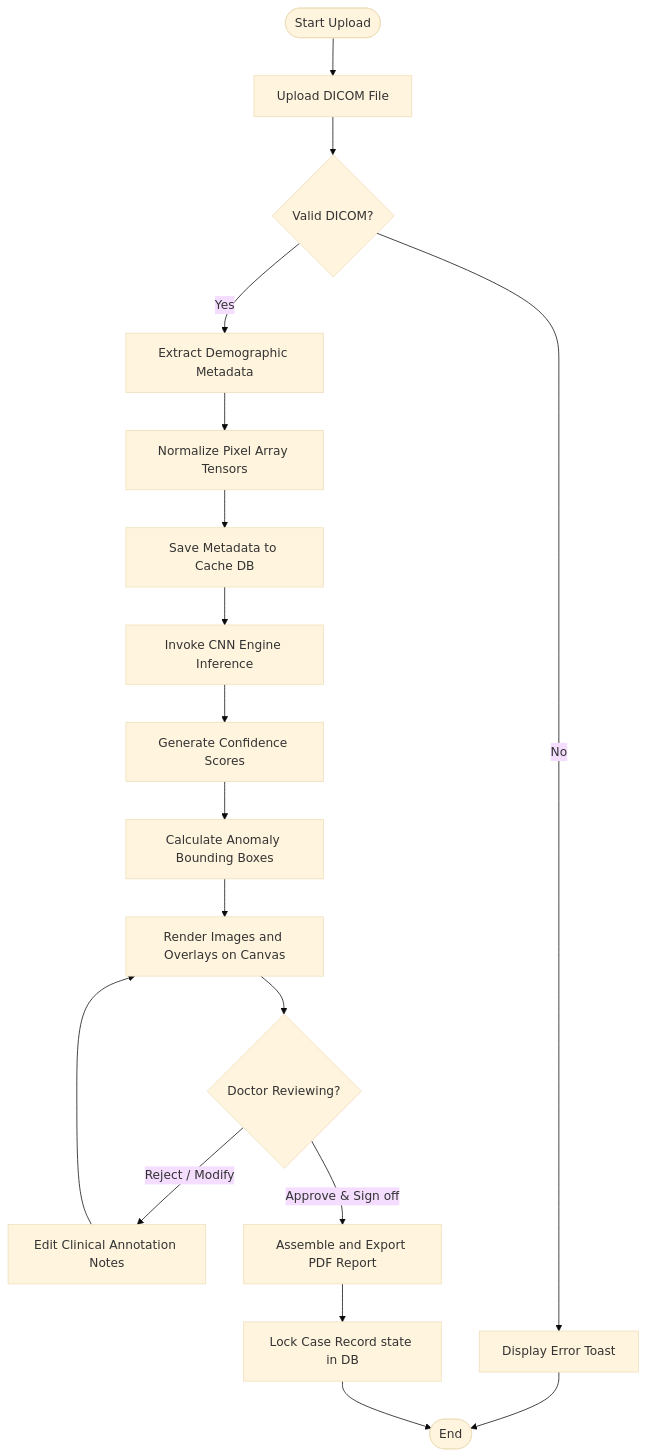
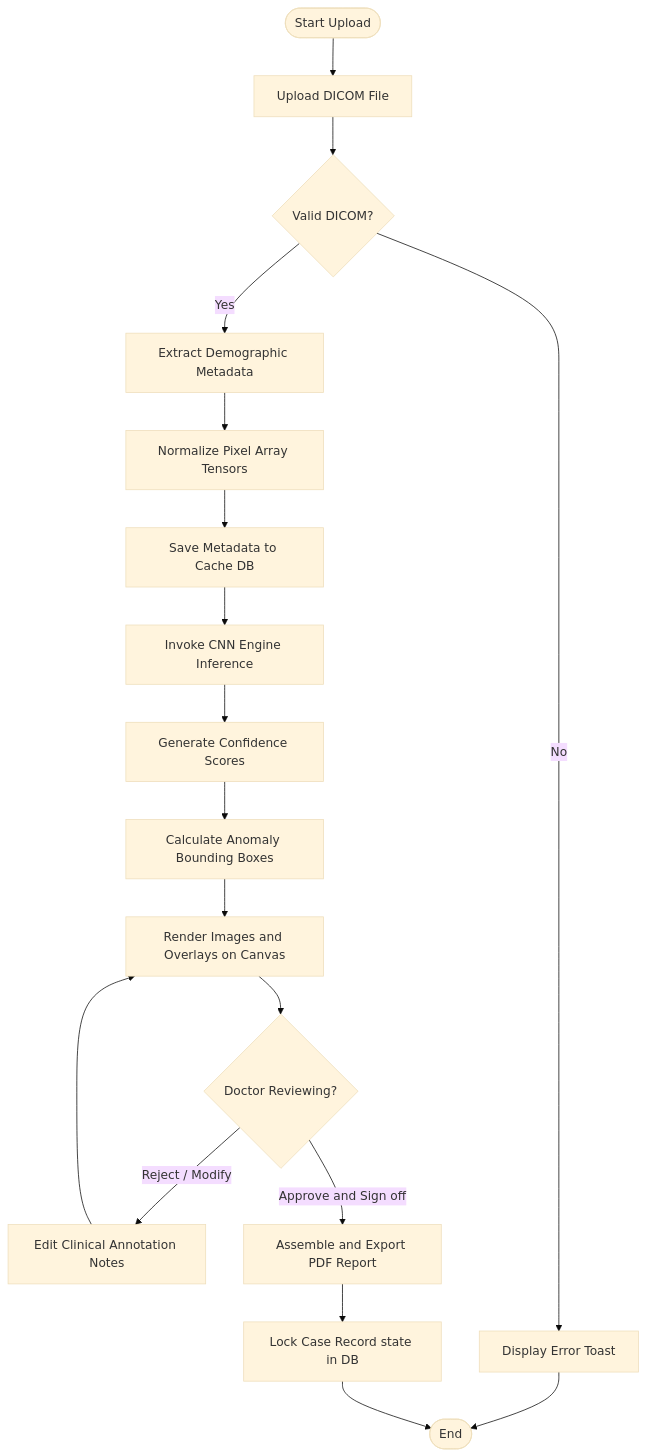
One commit to alirezakavianifar/Medical-Image-Based-Disease-Detection-and-Classification-System changed the second of 5 diagrams in docs/Doc2_Design/SDD.md. Above: the diagram before and after it, drawn with Mermaid (base theme). The commit also changed other lines of this file and 7 other files, not shown here.

Commit message:
INFRA: Fix all Mermaid diagrams for GitHub v8.8.0 compatibility

````diff
--- a/docs/Doc2_Design/SDD.md
+++ b/docs/Doc2_Design/SDD.md
@@ -139,17 +139,17 @@
 ```mermaid
 flowchart TD
     Start([Start Upload]) --> Upload[Upload DICOM File]
     Upload --> CheckDICOM{Valid DICOM?}
     CheckDICOM -->|No| ShowError[Display Error Toast] --> End([End])
     CheckDICOM -->|Yes| ParseHeader[Extract Demographic Metadata]
     ParseHeader --> Normalise[Normalize Pixel Array Tensors]
     Normalise --> SaveDB[Save Metadata to Cache DB]
     SaveDB --> TriggerModel[Invoke CNN Engine Inference]
     TriggerModel --> GetScores[Generate Confidence Scores]
     GetScores --> GetBoxes[Calculate Anomaly Bounding Boxes]
     GetBoxes --> DrawCanvas[Render Images and Overlays on Canvas]
     DrawCanvas --> DoctorReview{Doctor Reviewing?}
     DoctorReview -->|Reject / Modify| EditNotes[Edit Clinical Annotation Notes] --> DrawCanvas
-    DoctorReview -->|Approve & Sign off| CompilePDF[Assemble and Export PDF Report]
+    DoctorReview -->|Approve and Sign off| CompilePDF[Assemble and Export PDF Report]
     CompilePDF --> LockRecord[Lock Case Record state in DB] --> End
 ```
````
